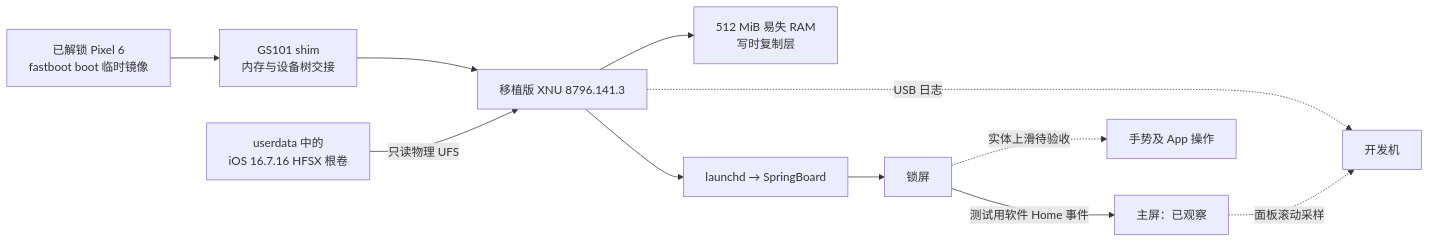
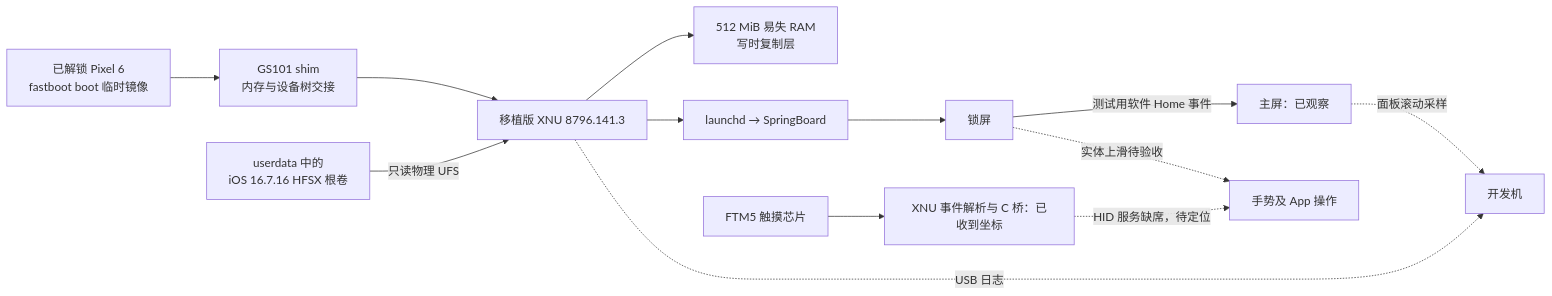
The first of 2 diagrams in README.md (everettjf/pixel6ios), drawn with Mermaid before and after one commit. The commit also changed other lines of this file, not shown here.

````diff
--- a/README.md
+++ b/README.md
@@ -27,13 +29,15 @@
 ```mermaid
 flowchart LR
     A[已解锁 Pixel 6<br/>fastboot boot 临时镜像] --> B[GS101 shim<br/>内存与设备树交接]
     B --> C[移植版 XNU 8796.141.3]
     D[userdata 中的<br/>iOS 16.7.16 HFSX 根卷] -->|只读物理 UFS| C
     C --> E[512 MiB 易失 RAM<br/>写时复制层]
     C --> F[launchd → SpringBoard]
     F --> G[锁屏]
     G -->|测试用软件 Home 事件| H[主屏：已观察]
     G -. 实体上滑待验收 .-> J[手势及 App 操作]
+    T[FTM5 触摸芯片] --> U[XNU 事件解析与 C 桥：已收到坐标]
+    U -. HID 服务缺席，待定位 .-> J
     C -. USB 日志 .-> I[开发机]
     H -. 面板滚动采样 .-> I
 ```
````
